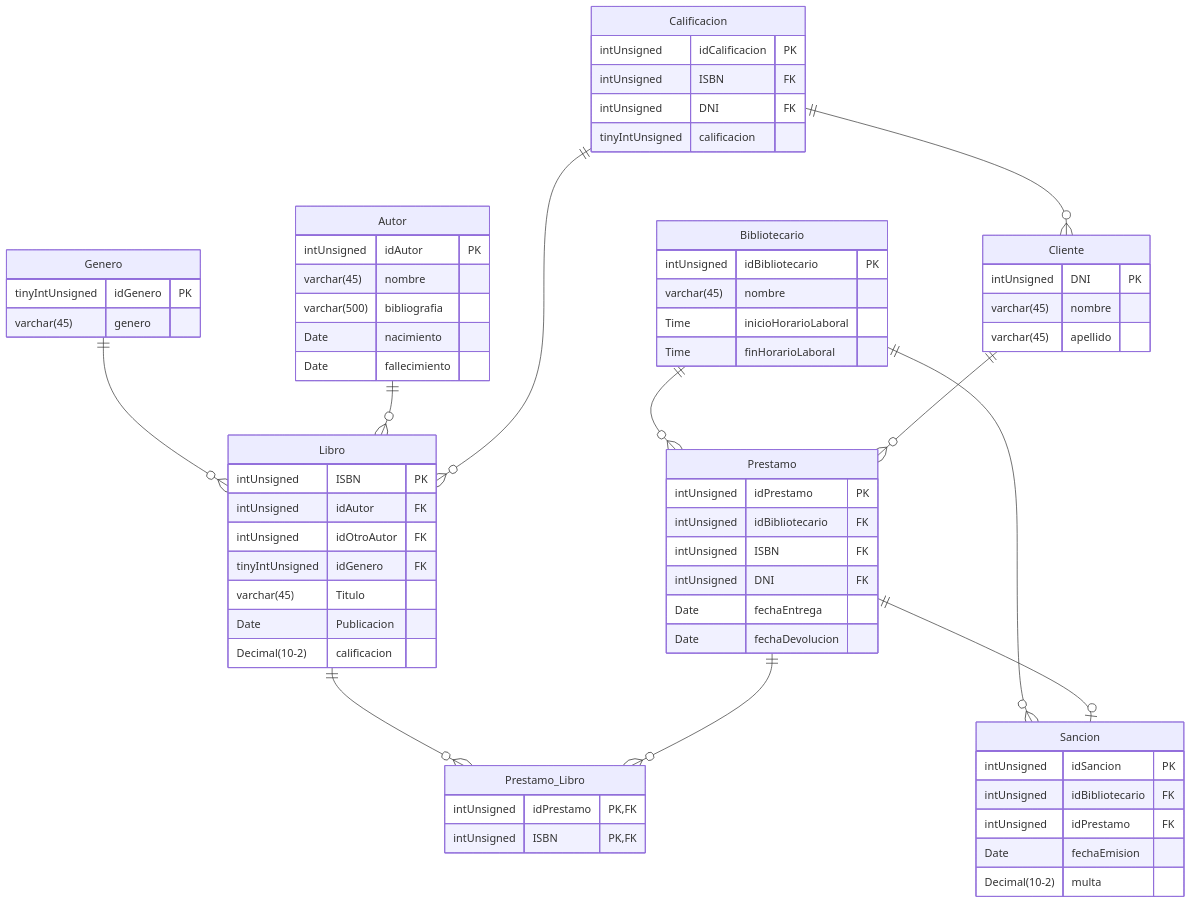
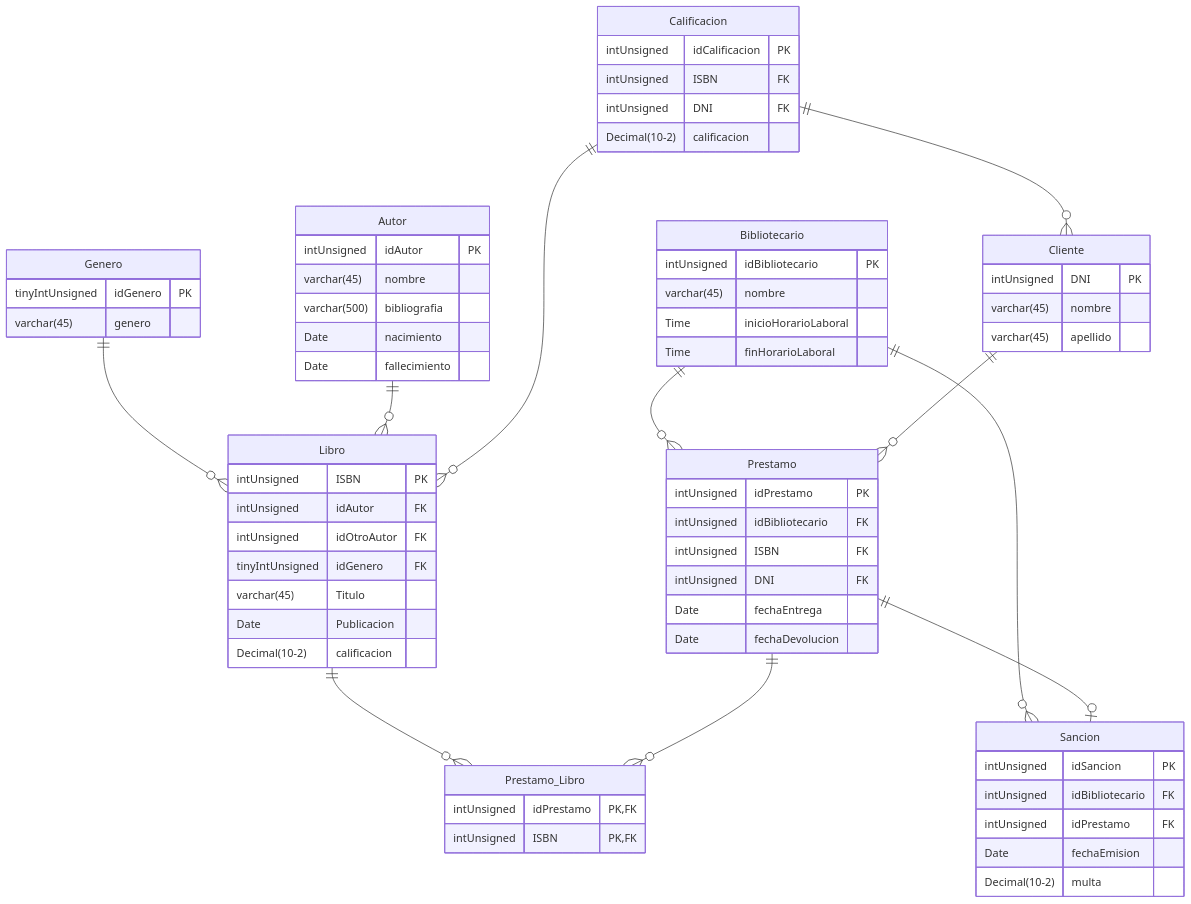
One commit to PasandiLuka/BD-Biblioteca changed the diagram in README.md. Above: the diagram before and after it, drawn with Mermaid. The commit also changed other lines of this file and 7 other files, not shown here.

````diff
--- a/README.md
+++ b/README.md
@@ -14,81 +14,81 @@
 ```mermaid
 erDiagram
 Genero{
     tinyIntUnsigned idGenero PK
     varchar(45) genero
 }
 
 
 Bibliotecario{
     intUnsigned idBibliotecario PK
     varchar(45) nombre
     Time inicioHorarioLaboral
     Time finHorarioLaboral
 }
 
 
 Autor{
     intUnsigned idAutor PK
     varchar(45) nombre
     varchar(500) bibliografia
     Date nacimiento
     Date fallecimiento
 }
 
 Cliente{
     intUnsigned DNI PK
     varchar(45) nombre
     varchar(45) apellido
 }
 
 Libro{
     intUnsigned ISBN PK
     intUnsigned idAutor FK
     intUnsigned idOtroAutor FK
     tinyIntUnsigned idGenero FK
     varchar(45) Titulo
     Date Publicacion
     Decimal(10-2) calificacion
 }
 
 
 Sancion{
     intUnsigned idSancion PK
     intUnsigned idBibliotecario FK
     intUnsigned idPrestamo FK
     Date fechaEmision
     Decimal(10-2) multa    
 }
 
 Prestamo{
     intUnsigned idPrestamo PK
     intUnsigned idBibliotecario FK
     intUnsigned ISBN FK
     intUnsigned DNI FK
     Date fechaEntrega
     Date fechaDevolucion
 }
 
 Calificacion{
     intUnsigned idCalificacion PK
     intUnsigned ISBN FK
     intUnsigned DNI FK
-    tinyIntUnsigned calificacion
+    Decimal(10-2) calificacion
 }
 
 Prestamo_Libro{
     intUnsigned idPrestamo PK, FK
     intUnsigned ISBN PK, FK
 }
 
 Genero||--o{Libro:""
 Bibliotecario||--o{Sancion:""
 Bibliotecario||--o{Prestamo:""
 Cliente||--o{Prestamo:""
 Prestamo||--o|Sancion:""
 Libro||--o{Prestamo_Libro:""
 Prestamo||--o{Prestamo_Libro:""
 Autor||--o{Libro:""
 Calificacion ||--o{ Libro:""
 Calificacion ||--o{ Cliente:""
 ```
````
